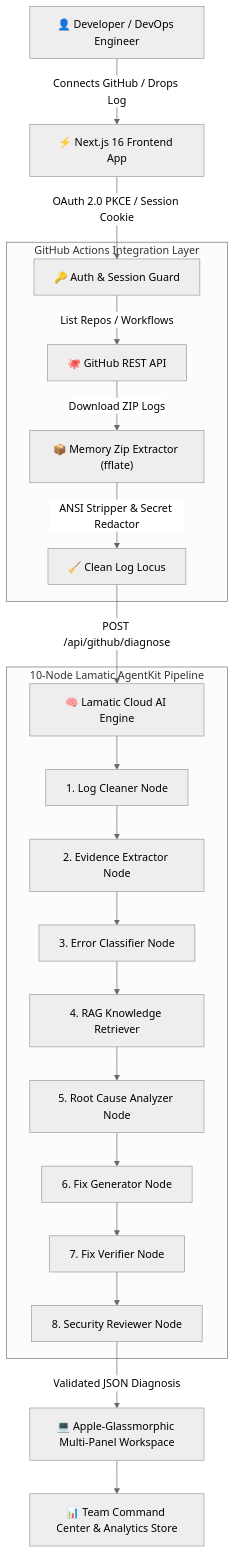
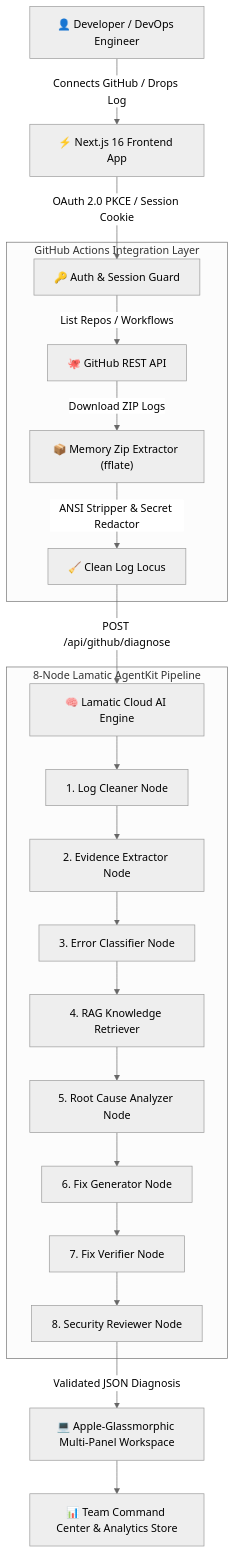
Before and after one commit to Lamatic/AgentKit: the diagram in kits/ci-cd-diagnosis-agent/README.md, drawn with Mermaid (neutral theme). The commit also changed other lines of this file and 10 other files, not shown here.

````diff
--- a/kits/ci-cd-diagnosis-agent/README.md
+++ b/kits/ci-cd-diagnosis-agent/README.md
@@ -29,26 +29,26 @@
 ```mermaid
 graph TD
     A["👤 Developer / DevOps Engineer"] -->|Connects GitHub / Drops Log| B["⚡ Next.js 16 Frontend App"]
     B -->|OAuth 2.0 PKCE / Session Cookie| C["🔑 Auth & Session Guard"]
     
     subgraph GitHub Actions Integration Layer
         C -->|List Repos / Workflows| D["🐙 GitHub REST API"]
         D -->|Download ZIP Logs| E["📦 Memory Zip Extractor (fflate)"]
         E -->|ANSI Stripper & Secret Redactor| F["🧹 Clean Log Locus"]
     end
 
-    subgraph 10-Node Lamatic AgentKit Pipeline
+    subgraph 8-Node Lamatic AgentKit Pipeline
         F -->|POST /api/github/diagnose| G["🧠 Lamatic Cloud AI Engine"]
         G --> H["1. Log Cleaner Node"]
         H --> I["2. Evidence Extractor Node"]
         I --> J["3. Error Classifier Node"]
         J --> K["4. RAG Knowledge Retriever"]
         K --> L["5. Root Cause Analyzer Node"]
         L --> M["6. Fix Generator Node"]
         M --> N["7. Fix Verifier Node"]
         N --> O["8. Security Reviewer Node"]
     end
 
     O -->|Validated JSON Diagnosis| P["💻 Apple-Glassmorphic Multi-Panel Workspace"]
     P --> Q["📊 Team Command Center & Analytics Store"]
 ```
````
